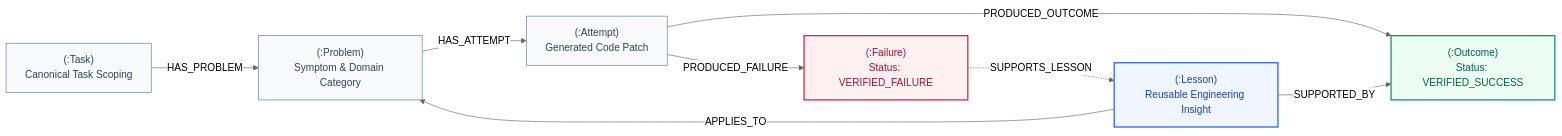
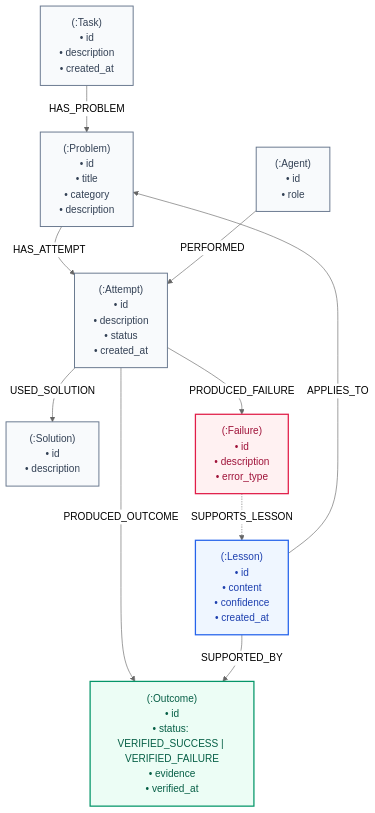
One commit to nishasss692/HiveMind changed the second of 3 diagrams in README.md. Above: the diagram before and after it, drawn with Mermaid (neutral theme). The commit also changed other lines of this file, not shown here.

Commit message:
docs: add FalkorDB graph schema map, Cypher query specs, and graph-driven decision architecture

````diff
--- a/README.md
+++ b/README.md
@@ -76,21 +78,31 @@
 ```mermaid
-graph LR
-    Task["(:Task)<br/>Canonical Task Scoping"] -->|HAS_PROBLEM| Problem["(:Problem)<br/>Symptom & Domain Category"]
-    Problem -->|HAS_ATTEMPT| Attempt["(:Attempt)<br/>Generated Code Patch"]
-    Attempt -->|PRODUCED_OUTCOME| Outcome["(:Outcome)<br/>Status: VERIFIED_SUCCESS"]
-    Attempt -->|PRODUCED_FAILURE| Failure["(:Failure)<br/>Status: VERIFIED_FAILURE"]
-    
-    Lesson["(:Lesson)<br/>Reusable Engineering Insight"] -->|SUPPORTED_BY| Outcome
+graph TD
+    Task["(:Task)<br/>• id<br/>• description<br/>• created_at"] 
+    Problem["(:Problem)<br/>• id<br/>• title<br/>• category<br/>• description"]
+    Agent["(:Agent)<br/>• id<br/>• role"]
+    Attempt["(:Attempt)<br/>• id<br/>• description<br/>• status<br/>• created_at"]
+    Solution["(:Solution)<br/>• id<br/>• description"]
+    Failure["(:Failure)<br/>• id<br/>• description<br/>• error_type"]
+    Outcome["(:Outcome)<br/>• id<br/>• status: VERIFIED_SUCCESS | VERIFIED_FAILURE<br/>• evidence<br/>• verified_at"]
+    Lesson["(:Lesson)<br/>• id<br/>• content<br/>• confidence<br/>• created_at"]
+
+    Task -->|HAS_PROBLEM| Problem
+    Problem -->|HAS_ATTEMPT| Attempt
+    Agent -->|PERFORMED| Attempt
+    Attempt -->|USED_SOLUTION| Solution
+    Attempt -->|PRODUCED_FAILURE| Failure
+    Attempt -->|PRODUCED_OUTCOME| Outcome
     Lesson -->|APPLIES_TO| Problem
+    Lesson -->|SUPPORTED_BY| Outcome
     Failure -.->|SUPPORTS_LESSON| Lesson
 
     classDef success fill:#ECFDF5,stroke:#059669,stroke-width:2px,color:#065F46;
     classDef failure fill:#FFF1F2,stroke:#E11D48,stroke-width:2px,color:#9F1239;
     classDef lesson fill:#EFF6FF,stroke:#2563EB,stroke-width:2px,color:#1E40AF;
-    classDef neutral fill:#F8FAFC,stroke:#64748B,stroke-width:1px,color:#334155;
+    classDef neutral fill:#F8FAFC,stroke:#64748B,stroke-width:1.5px,color:#334155;
 
     class Outcome success;
     class Failure failure;
     class Lesson lesson;
-    class Task,Problem,Attempt neutral;
+    class Task,Problem,Attempt,Agent,Solution neutral;
 ```
````
